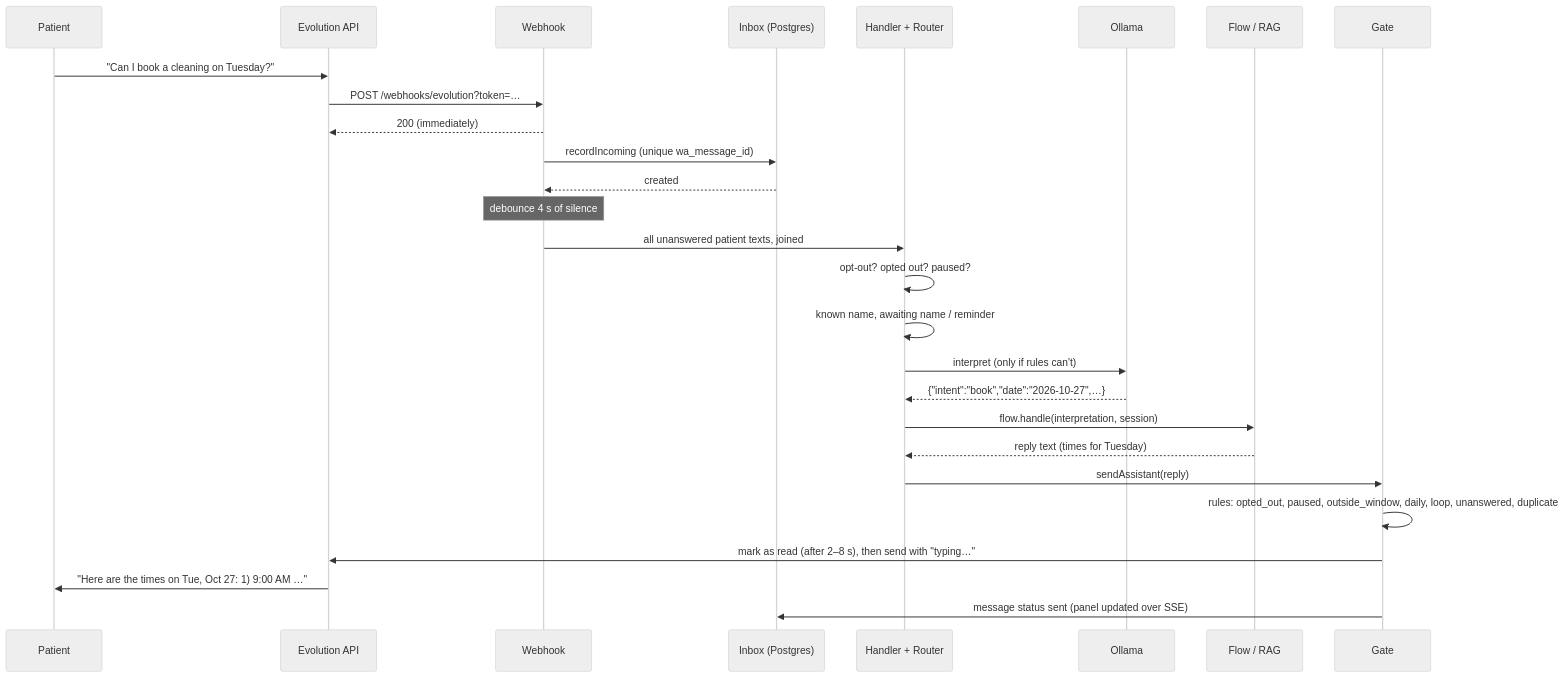
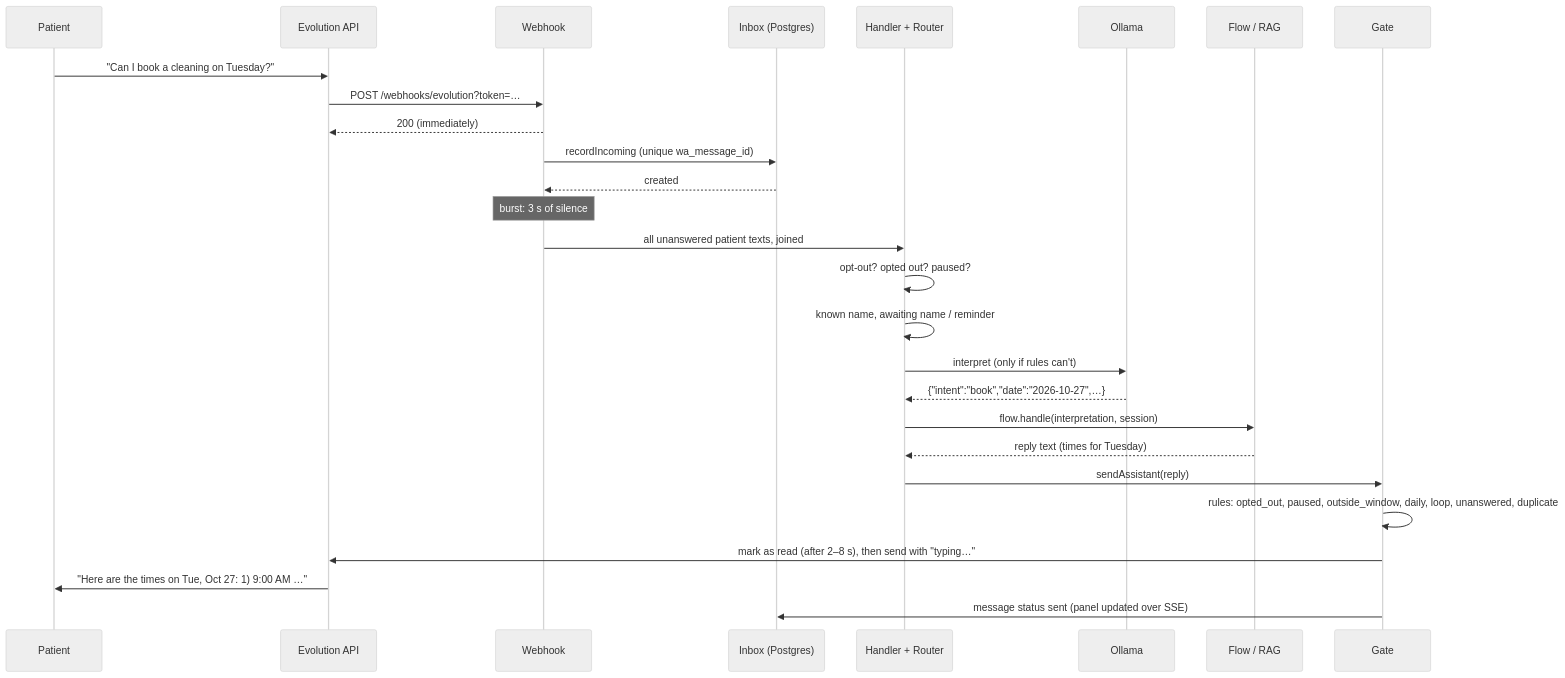
Before and after one commit to devfilip1/Secretaryfy: the first of 2 diagrams in docs/message-pipeline.md, drawn with Mermaid (neutral theme). The commit also changed other lines of this file and 72 other files, not shown here.

````diff
--- a/docs/message-pipeline.md
+++ b/docs/message-pipeline.md
@@ -21,29 +21,29 @@
 ```mermaid
 sequenceDiagram
   participant P as Patient
   participant E as Evolution API
   participant W as Webhook
   participant I as Inbox (Postgres)
   participant H as Handler + Router
   participant O as Ollama
   participant F as Flow / RAG
   participant G as Gate
   P->>E: "Can I book a cleaning on Tuesday?"
   E->>W: POST /webhooks/evolution?token=…
   W-->>E: 200 (immediately)
   W->>I: recordIncoming (unique wa_message_id)
   I-->>W: created
-  Note over W: debounce 4 s of silence
+  Note over W: burst: 3 s of silence
   W->>H: all unanswered patient texts, joined
   H->>H: opt-out? opted out? paused?
   H->>H: known name, awaiting name / reminder
   H->>O: interpret (only if rules can't)
   O-->>H: {"intent":"book","date":"2026-10-27",…}
   H->>F: flow.handle(interpretation, session)
   F-->>H: reply text (times for Tuesday)
   H->>G: sendAssistant(reply)
   G->>G: rules: opted_out, paused, outside_window, daily, loop, unanswered, duplicate
   G->>E: mark as read (after 2–8 s), then send with "typing…"
   E->>P: "Here are the times on Tue, Oct 27: 1) 9:00 AM …"
   G->>I: message status sent (panel updated over SSE)
 ```
````
